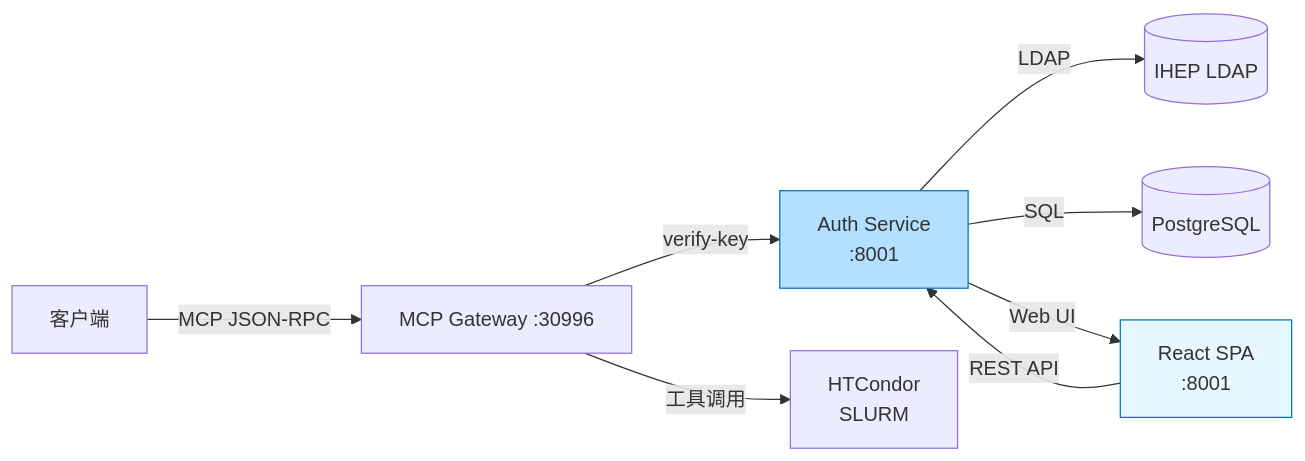
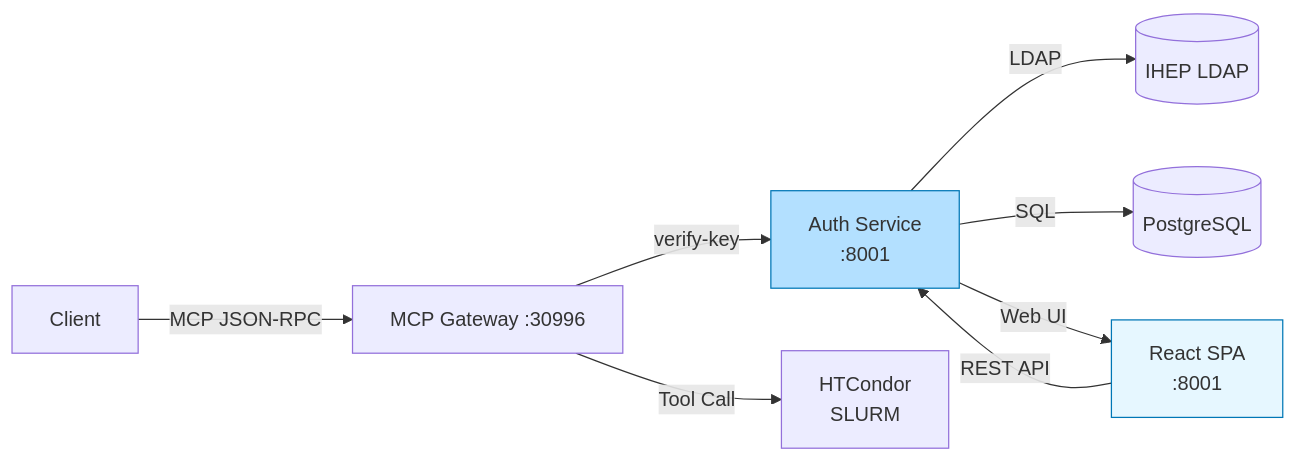
One commit to hanx-hep/ihep-mcp-slides changed the first of 4 diagrams in slides.md. Above: the diagram before and after it, drawn with Mermaid. The commit also changed other lines of this file, not shown here.

````diff
--- a/slides.md
+++ b/slides.md
@@ -67,14 +67,14 @@
 ```mermaid {scale: 0.6}
 graph LR
-    A[客户端] -->|MCP JSON-RPC| B[MCP Gateway :30996]
+    A[Client] -->|MCP JSON-RPC| B[MCP Gateway :30996]
     B -->|verify-key| C[Auth Service<br/>:8001]
     C -->|LDAP| D[(IHEP LDAP)]
     C -->|SQL| E[(PostgreSQL)]
-    B -->|工具调用| F[HTCondor<br/>SLURM]
+    B -->|Tool Call| F[HTCondor<br/>SLURM]
     
     C -->|Web UI| G[React SPA<br/>:8001]
     G -->|REST API| C
     
     style C fill:#b3e0ff,stroke:#0077b6
     style G fill:#e6f7ff,stroke:#0077b6
 ```
````
